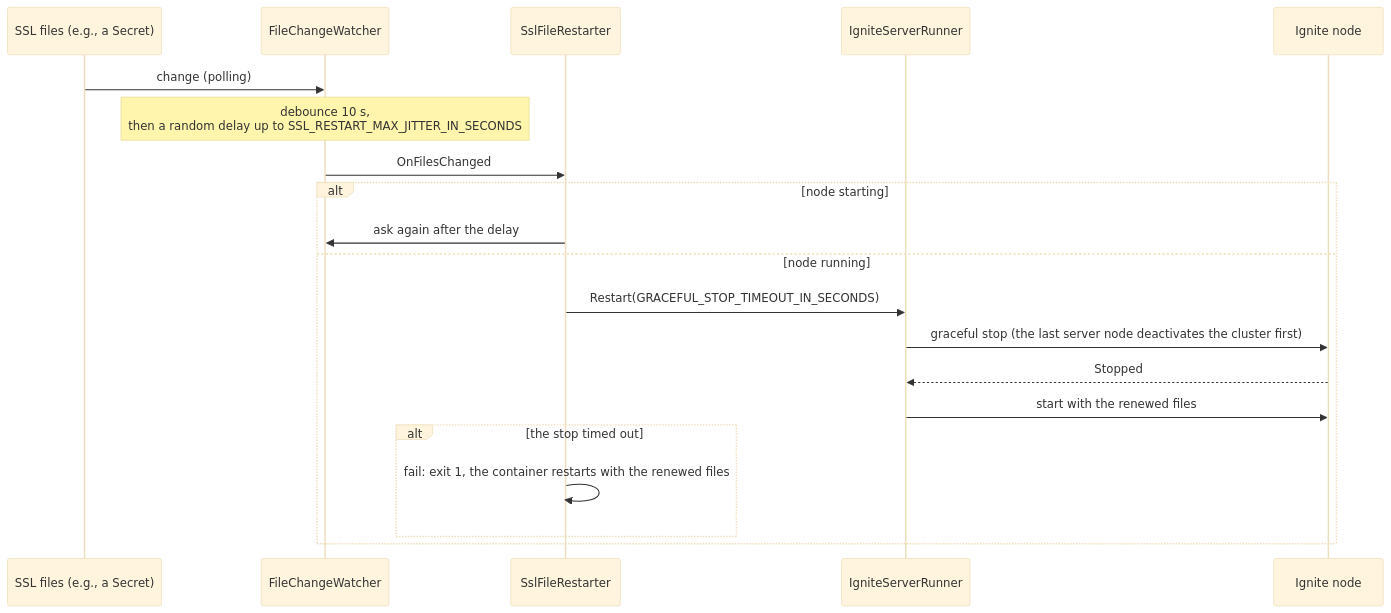
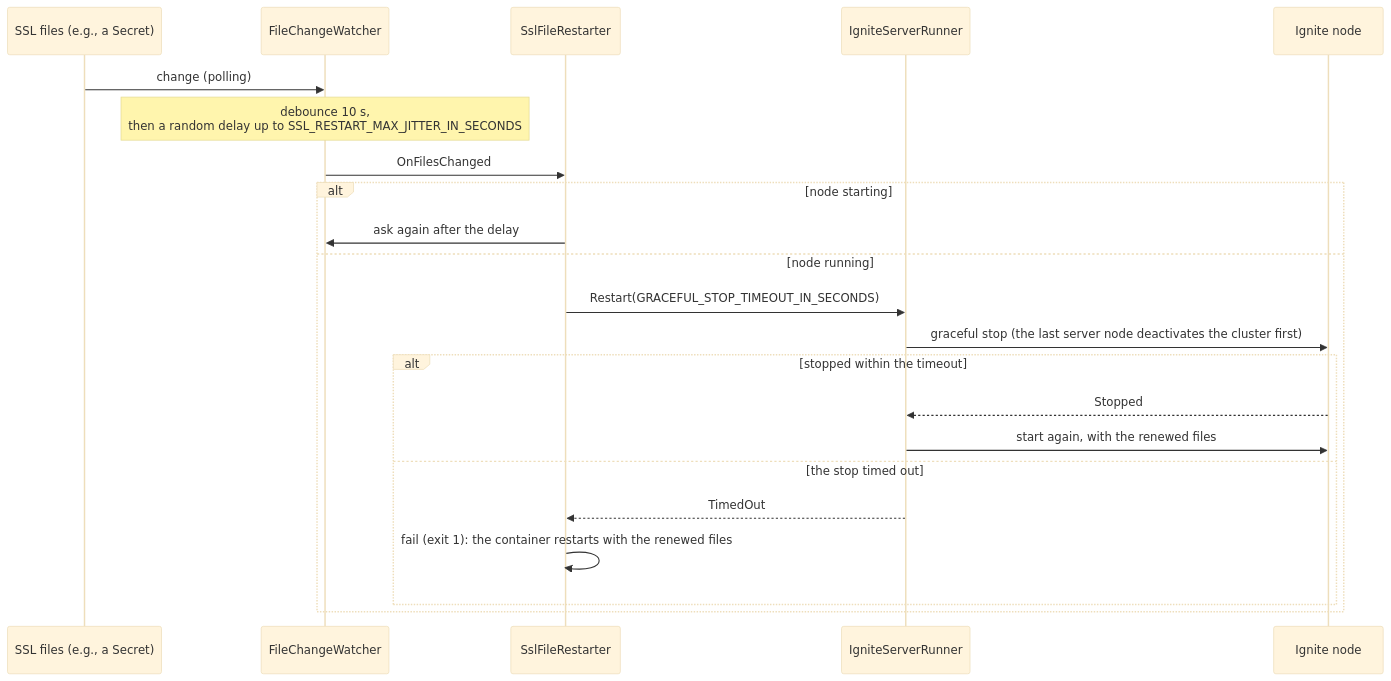
The fourth of 5 diagrams in docs/architecture.md (dradoaica/AspNetCore.Ignite), drawn with Mermaid (base theme) before and after one commit. The commit also changed other lines of this file and 9 other files, not shown here.

First line of the commit message:
A stop during the start waits for it, docs check in CI, corrected architecture diagrams

````diff
--- a/docs/architecture.md
+++ b/docs/architecture.md
@@ -139,23 +143,25 @@
 ```mermaid
 sequenceDiagram
     participant files as SSL files (e.g., a Secret)
     participant watcher as FileChangeWatcher
     participant restarter as SslFileRestarter
     participant runner as IgniteServerRunner
     participant node as Ignite node
 
     files->>watcher: change (polling)
     Note over watcher: debounce 10 s,<br/>then a random delay up to SSL_RESTART_MAX_JITTER_IN_SECONDS
     watcher->>restarter: OnFilesChanged
     alt node starting
         restarter->>watcher: ask again after the delay
     else node running
         restarter->>runner: Restart(GRACEFUL_STOP_TIMEOUT_IN_SECONDS)
         runner->>node: graceful stop (the last server node deactivates the cluster first)
-        node-->>runner: Stopped
-        runner->>node: start with the renewed files
-        alt the stop timed out
-            restarter->>restarter: fail: exit 1, the container restarts with the renewed files
+        alt stopped within the timeout
+            node-->>runner: Stopped
+            runner->>node: start again, with the renewed files
+        else the stop timed out
+            runner-->>restarter: TimedOut
+            restarter->>restarter: fail (exit 1): the container restarts with the renewed files
         end
     end
 ```
````
